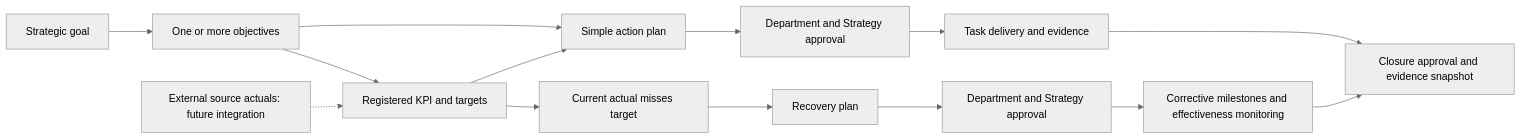
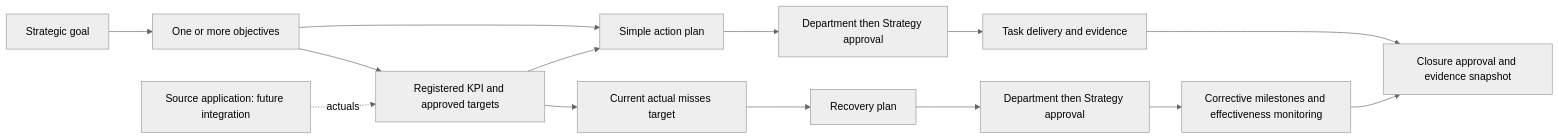
The first of 3 diagrams in docs/WORKFLOWS.md (Ojashwas/itqaniqpro2), drawn with Mermaid (neutral theme) before and after one commit. The commit also changed other lines of this file and 10 other files, not shown here.

````diff
--- a/docs/WORKFLOWS.md
+++ b/docs/WORKFLOWS.md
@@ -5,16 +7,16 @@
 ```mermaid
 flowchart LR
     Goal[Strategic goal] --> Objective[One or more objectives]
-    Objective --> KPI[Registered KPI and targets]
+    Objective --> KPI[Registered KPI and approved targets]
     Objective --> Action[Simple action plan]
     KPI --> Action
     KPI --> Gap[Current actual misses target]
     Gap --> Recovery[Recovery plan]
-    Action --> AA[Department and Strategy approval]
-    Recovery --> RA[Department and Strategy approval]
+    Action --> AA[Department then Strategy approval]
+    Recovery --> RA[Department then Strategy approval]
     AA --> Delivery[Task delivery and evidence]
     RA --> Review[Corrective milestones and effectiveness monitoring]
     Delivery --> Closure[Closure approval and evidence snapshot]
     Review --> Closure
-    Source[External source actuals: future integration] -.-> KPI
+    Source[Source application: future integration] -. actuals .-> KPI
 ```
````
